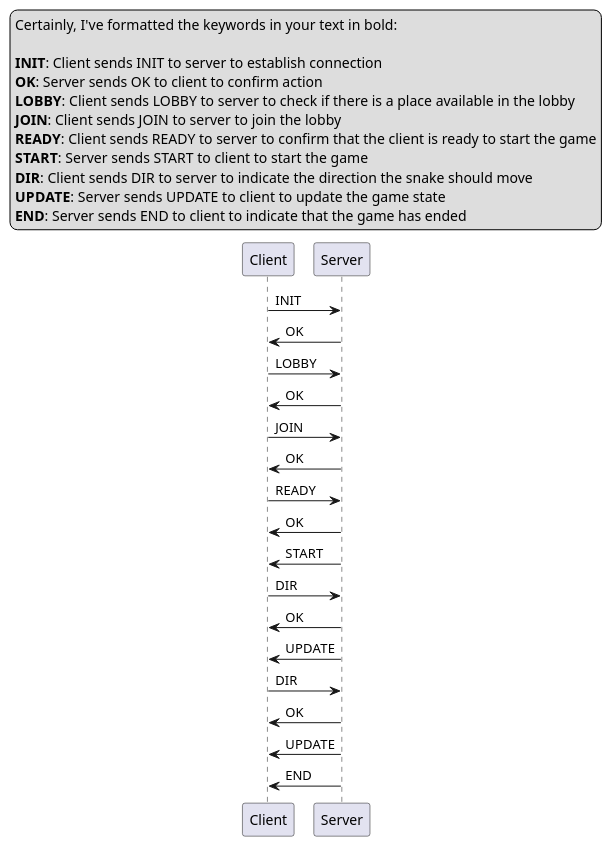
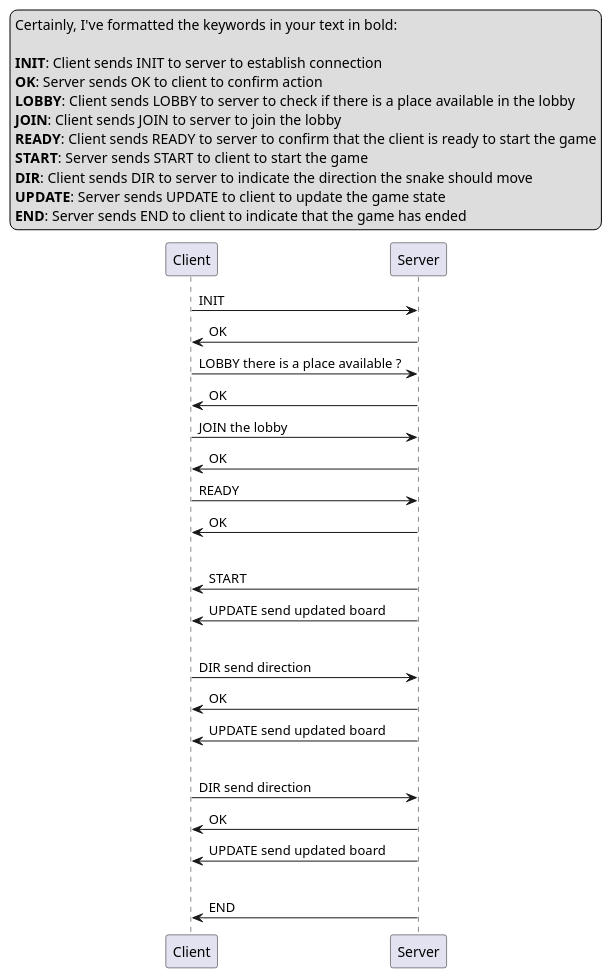
Before and after one commit to Theodrosrun/loop-of-legends: the diagram in docs/ProtocolDiagram.puml, drawn with PlantUML. The commit also changed 1 other file, not shown here.

```diff
--- a/docs/ProtocolDiagram.puml
+++ b/docs/ProtocolDiagram.puml
@@ -2,33 +2,38 @@
 @startuml Loop of Legends: The Multi-Snake Challenge
 
 legend top
 Certainly, I've formatted the keywords in your text in bold:
 
 **INIT**: Client sends INIT to server to establish connection
 **OK**: Server sends OK to client to confirm action
 **LOBBY**: Client sends LOBBY to server to check if there is a place available in the lobby
 **JOIN**: Client sends JOIN to server to join the lobby
 **READY**: Client sends READY to server to confirm that the client is ready to start the game
 **START**: Server sends START to client to start the game
 **DIR**: Client sends DIR to server to indicate the direction the snake should move
 **UPDATE**: Server sends UPDATE to client to update the game state
 **END**: Server sends END to client to indicate that the game has ended
 endlegend
 
 Client -> Server :INIT
 Server -> Client :OK
-Client -> Server :LOBBY
+Client -> Server :LOBBY there is a place available ?
 Server -> Client :OK
-Client -> Server :JOIN
+Client -> Server :JOIN the lobby
 Server -> Client :OK
 Client -> Server :READY
 Server -> Client :OK
+|||
 Server -> Client :START
-Client -> Server :DIR
+Server -> Client :UPDATE send updated board
+|||
+Client -> Server :DIR send direction
 Server -> Client :OK
-Server -> Client :UPDATE
-Client -> Server :DIR
+Server -> Client :UPDATE send updated board
+|||
+Client -> Server :DIR send direction
 Server -> Client :OK
-Server -> Client :UPDATE
+Server -> Client :UPDATE send updated board
+|||
 Server -> Client :END
 @enduml
```
